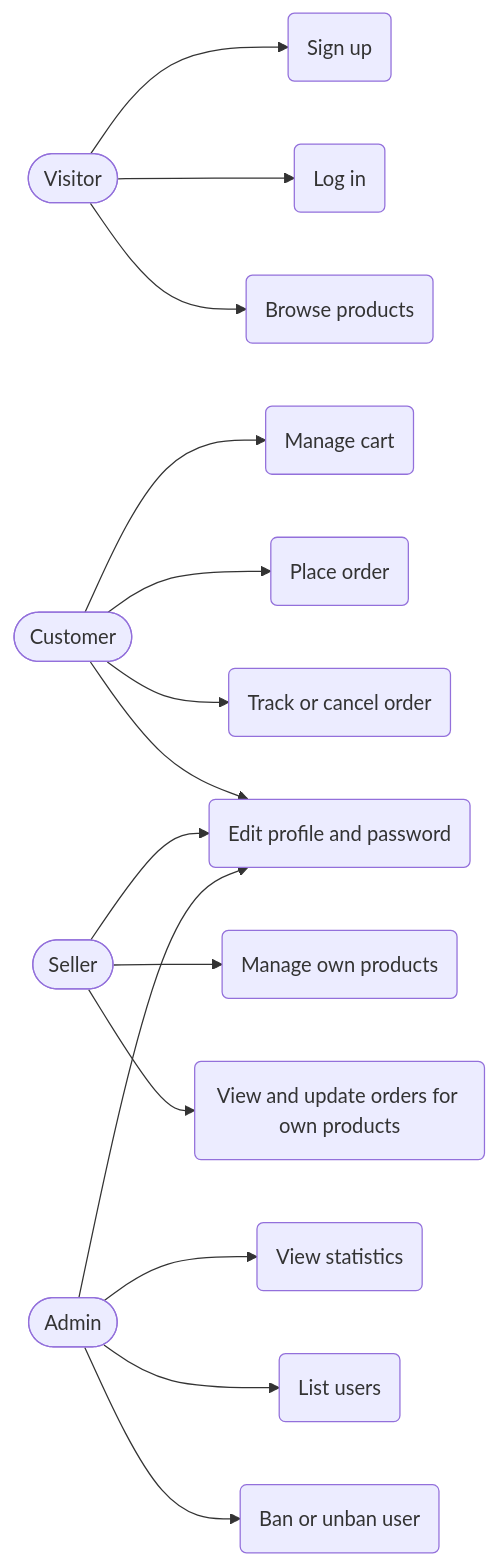
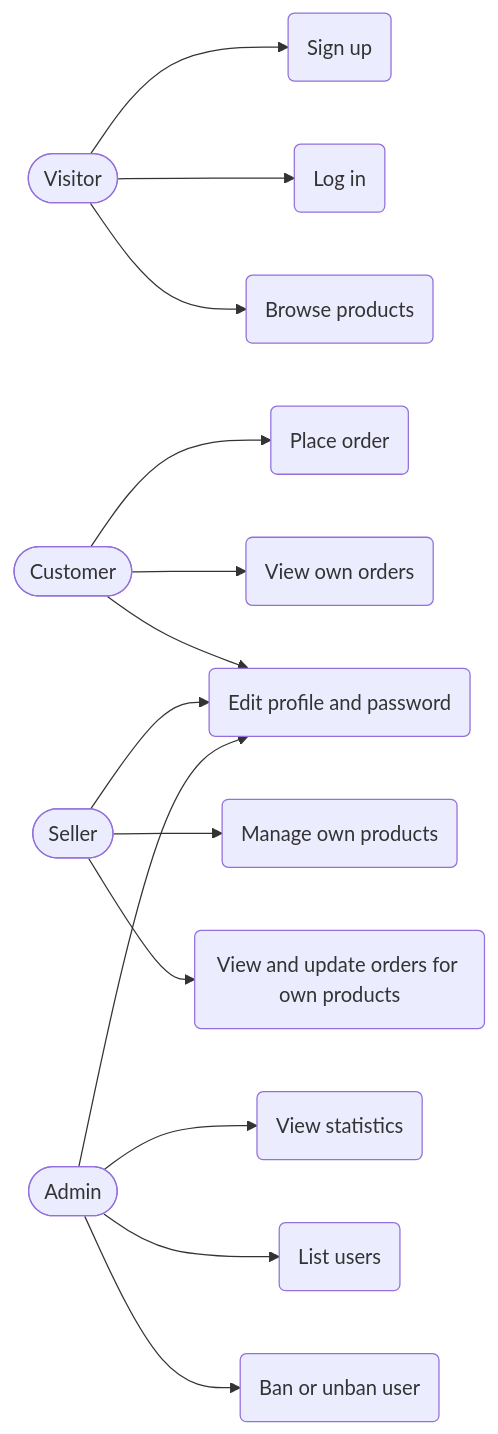
One commit to SarwarEbrahim/ShopEase- changed the second of 3 diagrams in docs/02-srs.md. Above: the diagram before and after it, drawn with Mermaid. The commit also changed other lines of this file, not shown here.

````diff
--- a/docs/02-srs.md
+++ b/docs/02-srs.md
@@ -96,17 +95,16 @@
 ```mermaid
 flowchart LR
     V([Visitor]) --> B1(Sign up)
     V --> B2(Log in)
     V --> B3(Browse products)
-    C([Customer]) --> B4(Manage cart)
-    C --> B5(Place order)
-    C --> B6(Track or cancel order)
-    S([Seller]) --> B7(Manage own products)
-    S --> B8(View and update orders for own products)
-    A([Admin]) --> B9(View statistics)
-    A --> B10(List users)
-    A --> B11(Ban or unban user)
-    C --> B12(Edit profile and password)
-    S --> B12
-    A --> B12
+    C([Customer]) --> B4(Place order)
+    C --> B5(View own orders)
+    S([Seller]) --> B6(Manage own products)
+    S --> B7(View and update orders for own products)
+    A([Admin]) --> B8(View statistics)
+    A --> B9(List users)
+    A --> B10(Ban or unban user)
+    C --> B11(Edit profile and password)
+    S --> B11
+    A --> B11
 ```
````
